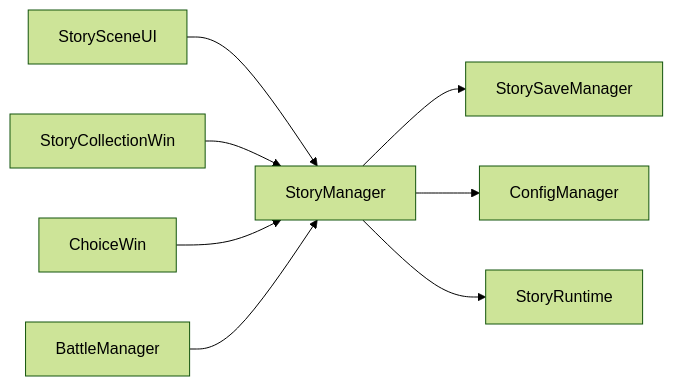
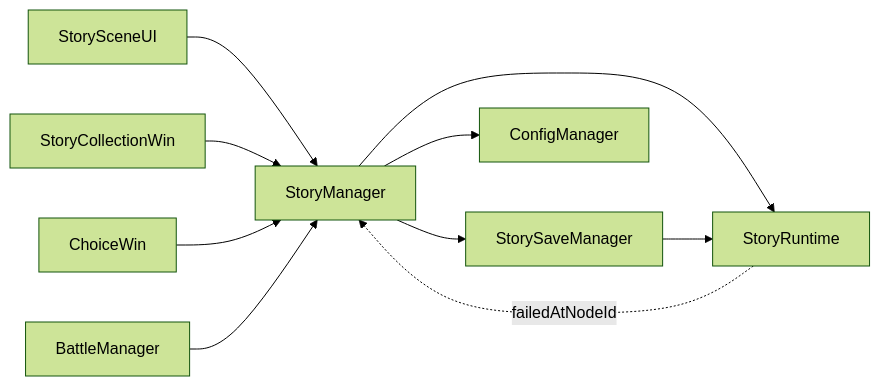
One commit to Tuusen/p1_client changed the sixth of 6 diagrams in .qoder/repowiki/zh/content/故事剧情系统/故事管理器核心.md. Above: the diagram before and after it, drawn with Mermaid (forest theme). The commit also changed other lines of this file and 4 other files, not shown here.

````diff
--- a/.qoder/repowiki/zh/content/故事剧情系统/故事管理器核心.md
+++ b/.qoder/repowiki/zh/content/故事剧情系统/故事管理器核心.md
@@ -317,10 +372,12 @@
 ```mermaid
 graph LR
 SM["StoryManager"] --> SSM["StorySaveManager"]
 SM --> CM["ConfigManager"]
 SM --> SR["StoryRuntime"]
 SUI["StorySceneUI"] --> SM
 SCW["StoryCollectionWin"] --> SM
 CW["ChoiceWin"] --> SM
 BM["BattleManager"] --> SM
+SSM --> SR
+SR -.->|"failedAtNodeId"| SM
 ```
````
